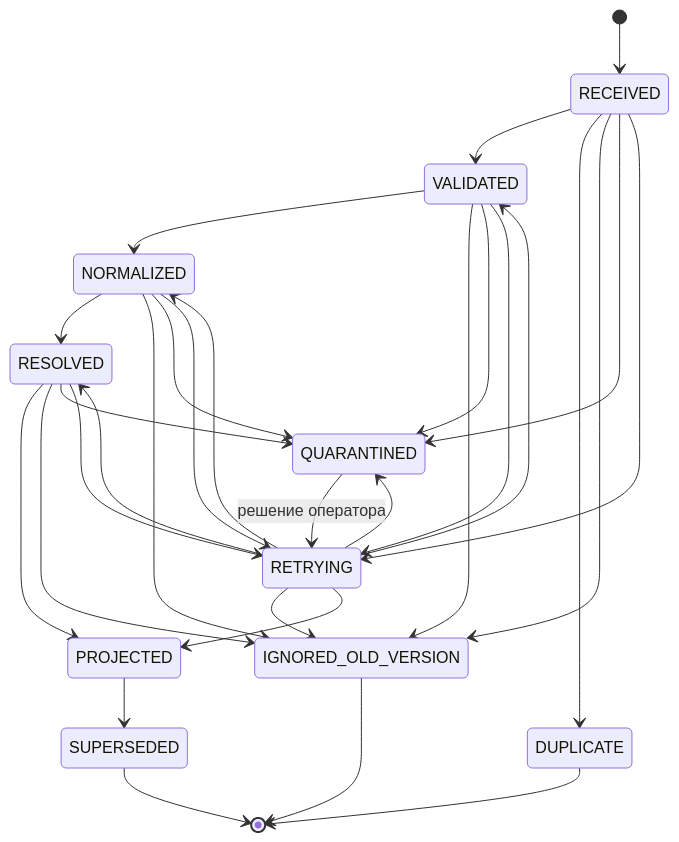
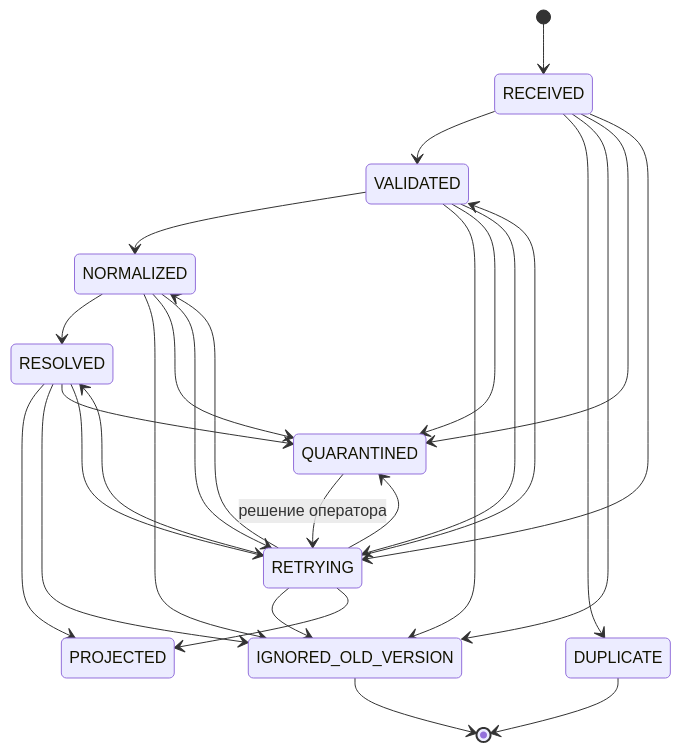
Before and after one commit to Unlocker/architecture-rag: the first of 5 diagrams in _reversa_sdd/flowcharts/event-schemas.md, drawn with Mermaid. The commit also changed 55 other files, not shown here.

````diff
--- a/_reversa_sdd/flowcharts/event-schemas.md
+++ b/_reversa_sdd/flowcharts/event-schemas.md
@@ -7,32 +7,30 @@
 ```mermaid
 stateDiagram-v2
   [*] --> RECEIVED
   RECEIVED --> VALIDATED
   VALIDATED --> NORMALIZED
   NORMALIZED --> RESOLVED
   RESOLVED --> PROJECTED
-  PROJECTED --> SUPERSEDED
   RECEIVED --> DUPLICATE
   RECEIVED --> IGNORED_OLD_VERSION
   VALIDATED --> IGNORED_OLD_VERSION
   NORMALIZED --> IGNORED_OLD_VERSION
   RESOLVED --> IGNORED_OLD_VERSION
   RETRYING --> IGNORED_OLD_VERSION
   RECEIVED --> QUARANTINED
   VALIDATED --> QUARANTINED
   NORMALIZED --> QUARANTINED
   RESOLVED --> QUARANTINED
   RETRYING --> QUARANTINED
   RECEIVED --> RETRYING
   VALIDATED --> RETRYING
   NORMALIZED --> RETRYING
   RESOLVED --> RETRYING
   RETRYING --> VALIDATED
   RETRYING --> NORMALIZED
   RETRYING --> RESOLVED
   RETRYING --> PROJECTED
   QUARANTINED --> RETRYING: решение оператора
-  SUPERSEDED --> [*]
   DUPLICATE --> [*]
   IGNORED_OLD_VERSION --> [*]
 ```
````
